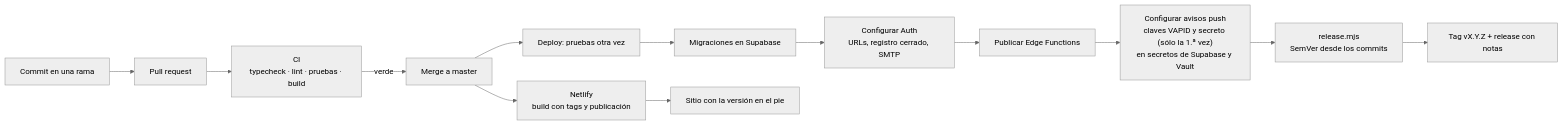
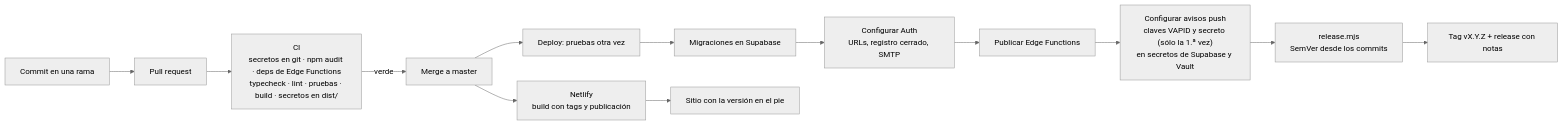
Before and after one commit to Juan-Carlos-Estevez-Vargas/Camila-Sanchez: diagram 39 of 41 in docs/DIAGRAMAS.md, drawn with Mermaid (neutral theme). The commit also changed other lines of this file and 19 other files, not shown here.

````diff
--- a/docs/DIAGRAMAS.md
+++ b/docs/DIAGRAMAS.md
@@ -887,15 +936,15 @@
 ```mermaid
 flowchart LR
   DEV["Commit en una rama"] --> PR["Pull request"]
-  PR --> CI["CI<br/>typecheck · lint · pruebas · build"]
+  PR --> CI["CI<br/>secretos en git · npm audit · deps de Edge Functions<br/>typecheck · lint · pruebas · build · secretos en dist/"]
   CI -- "verde" --> M["Merge a master"]
   M --> D1["Deploy: pruebas otra vez"]
   D1 --> D2["Migraciones en Supabase"]
   D2 --> D3["Configurar Auth<br/>URLs, registro cerrado, SMTP"]
   D3 --> D4["Publicar Edge Functions"]
   D4 --> D5["Configurar avisos push<br/>claves VAPID y secreto (sólo la 1.ª vez)<br/>en secretos de Supabase y Vault"]
   D5 --> REL["release.mjs<br/>SemVer desde los commits"]
   REL --> TAG["Tag vX.Y.Z + release con notas"]
   M --> NET["Netlify<br/>build con tags y publicación"]
   NET --> WEB["Sitio con la versión en el pie"]
 ```
````
